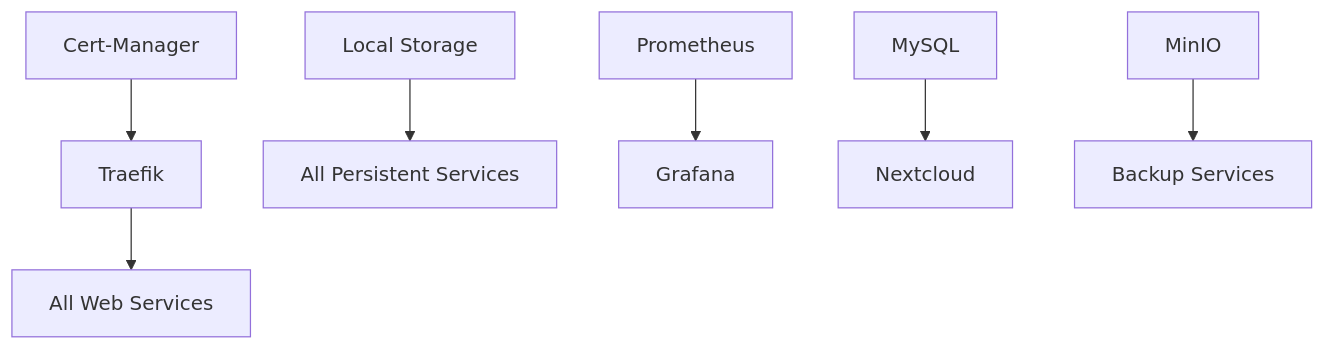
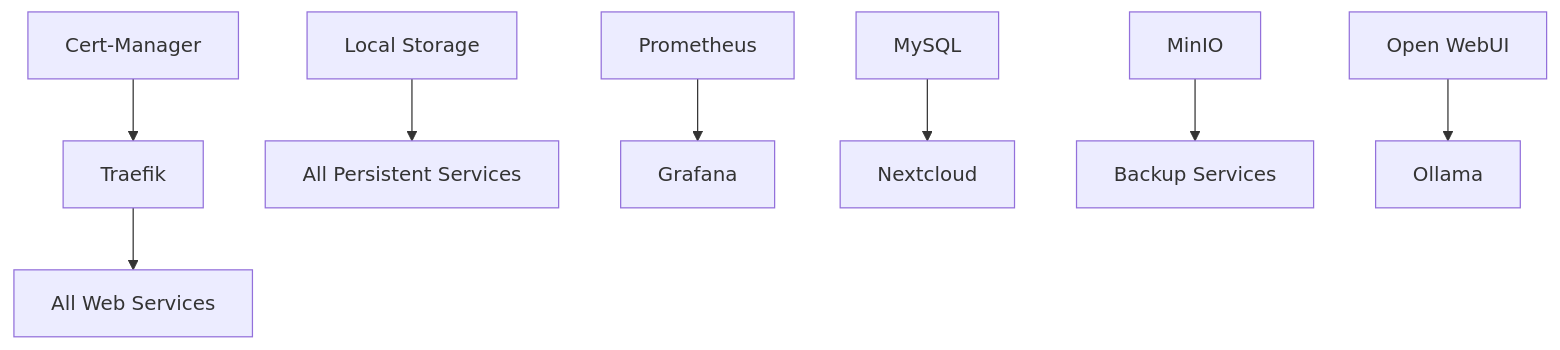
Before and after one commit to gr8monk3ys/homelab: the diagram in docs/services.md, drawn with Mermaid. The commit also changed other lines of this file and 12 other files, not shown here.

````diff
--- a/docs/services.md
+++ b/docs/services.md
@@ -145,9 +182,10 @@
 ```mermaid
 graph TB
     A[Traefik] --> B[All Web Services]
     C[Cert-Manager] --> A
     D[Local Storage] --> E[All Persistent Services]
     F[Prometheus] --> G[Grafana]
     H[MySQL] --> I[Nextcloud]
     J[MinIO] --> K[Backup Services]
+    L[Open WebUI] --> M[Ollama]
 ```
````
